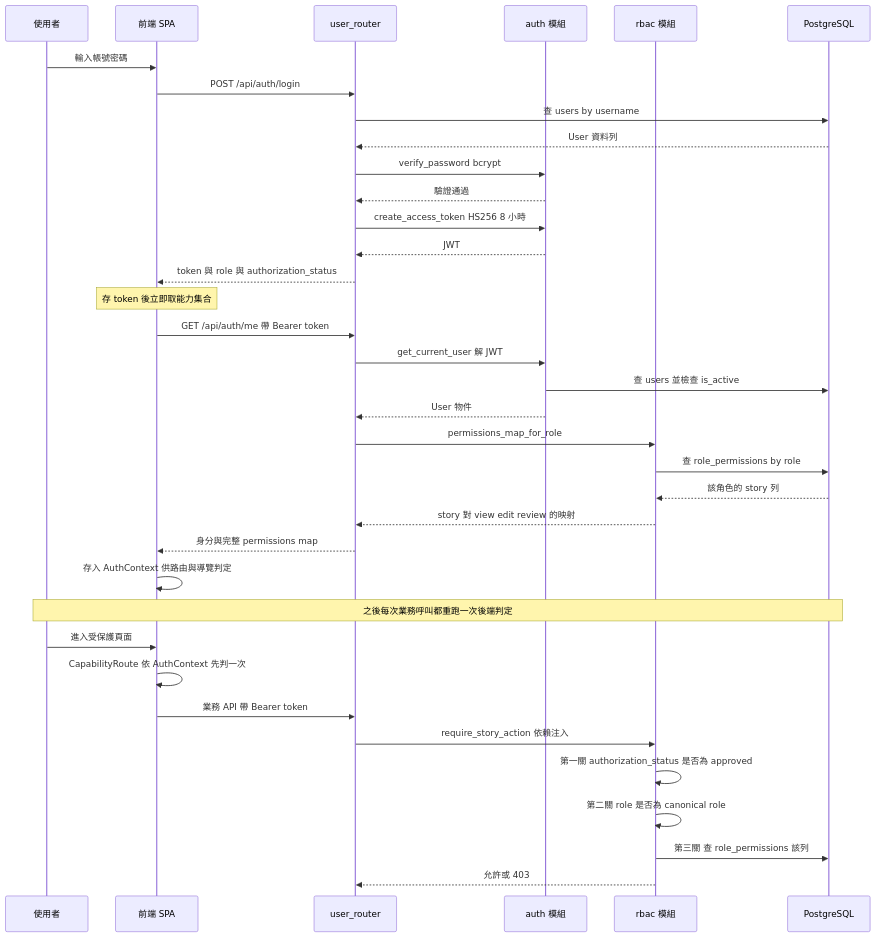
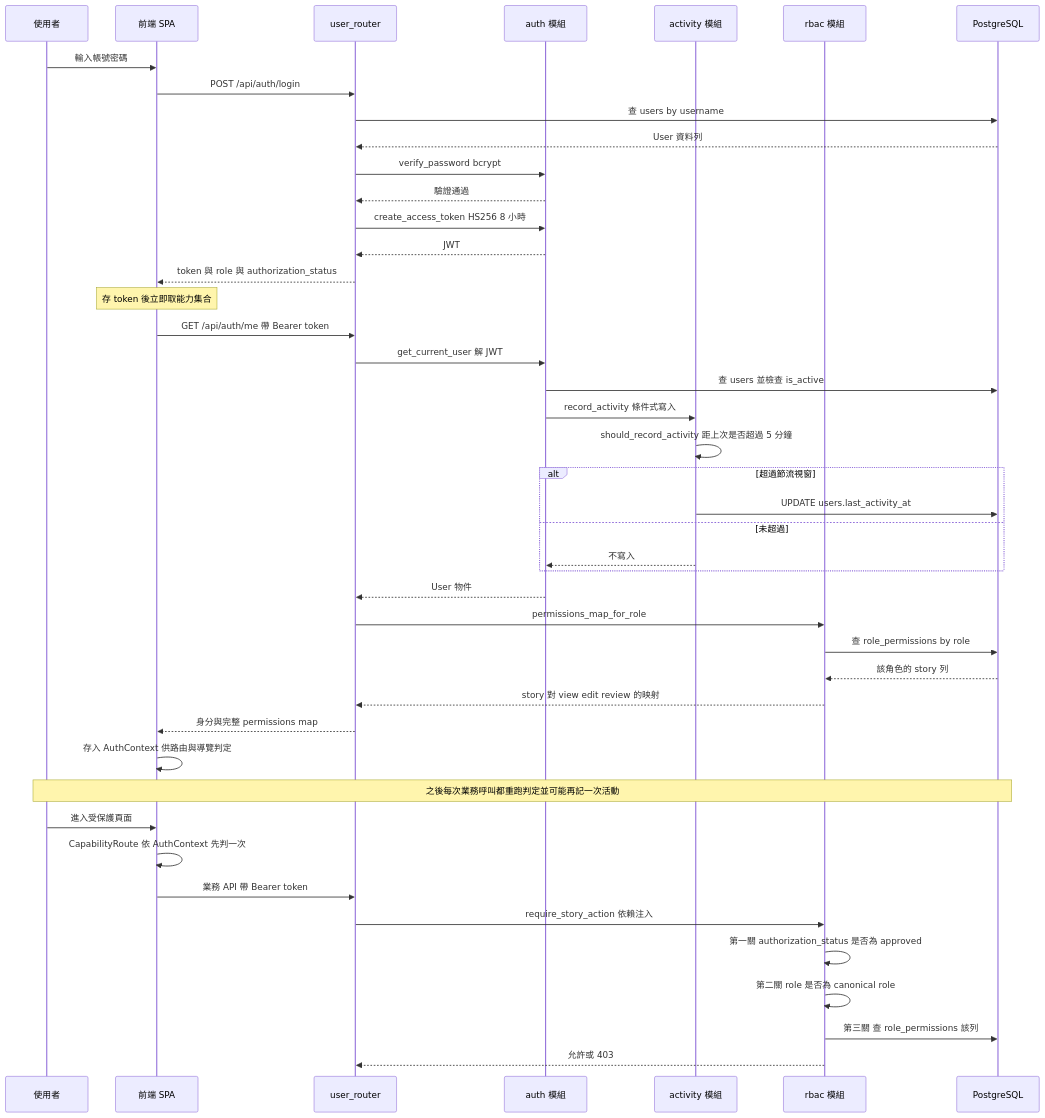
Before and after one commit to opendiamonds/awesome-firebase-use-cases: the fifth of 7 diagrams in aidlc/spaces/default/codekb/cloud-360/architecture.md, drawn with Mermaid. The commit also changed other lines of this file and 34 other files, not shown here.

````diff
--- a/aidlc/spaces/default/codekb/cloud-360/architecture.md
+++ b/aidlc/spaces/default/codekb/cloud-360/architecture.md
@@ -217,41 +385,49 @@
 ```mermaid
 sequenceDiagram
     participant U as 使用者
     participant FE as 前端 SPA
     participant UR as user_router
     participant AU as auth 模組
+    participant AC as activity 模組
     participant RB as rbac 模組
     participant DB as PostgreSQL
 
     U->>FE: 輸入帳號密碼
     FE->>UR: POST /api/auth/login
     UR->>DB: 查 users by username
     DB-->>UR: User 資料列
     UR->>AU: verify_password bcrypt
     AU-->>UR: 驗證通過
     UR->>AU: create_access_token HS256 8 小時
     AU-->>UR: JWT
     UR-->>FE: token 與 role 與 authorization_status
 
     Note over FE: 存 token 後立即取能力集合
     FE->>UR: GET /api/auth/me 帶 Bearer token
     UR->>AU: get_current_user 解 JWT
     AU->>DB: 查 users 並檢查 is_active
+    AU->>AC: record_activity 條件式寫入
+    AC->>AC: should_record_activity 距上次是否超過 5 分鐘
+    alt 超過節流視窗
+        AC->>DB: UPDATE users.last_activity_at
+    else 未超過
+        AC-->>AU: 不寫入
+    end
     AU-->>UR: User 物件
     UR->>RB: permissions_map_for_role
     RB->>DB: 查 role_permissions by role
     DB-->>RB: 該角色的 story 列
     RB-->>UR: story 對 view edit review 的映射
     UR-->>FE: 身分與完整 permissions map
     FE->>FE: 存入 AuthContext 供路由與導覽判定
 
-    Note over U,DB: 之後每次業務呼叫都重跑一次後端判定
+    Note over U,DB: 之後每次業務呼叫都重跑判定並可能再記一次活動
     U->>FE: 進入受保護頁面
     FE->>FE: CapabilityRoute 依 AuthContext 先判一次
     FE->>UR: 業務 API 帶 Bearer token
     UR->>RB: require_story_action 依賴注入
     RB->>RB: 第一關 authorization_status 是否為 approved
     RB->>RB: 第二關 role 是否為 canonical role
     RB->>DB: 第三關 查 role_permissions 該列
     RB-->>UR: 允許或 403
 ```
````
